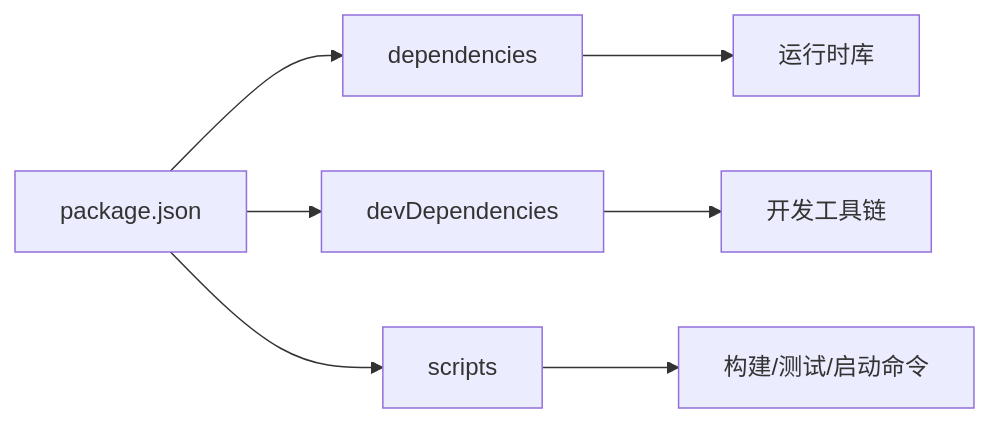
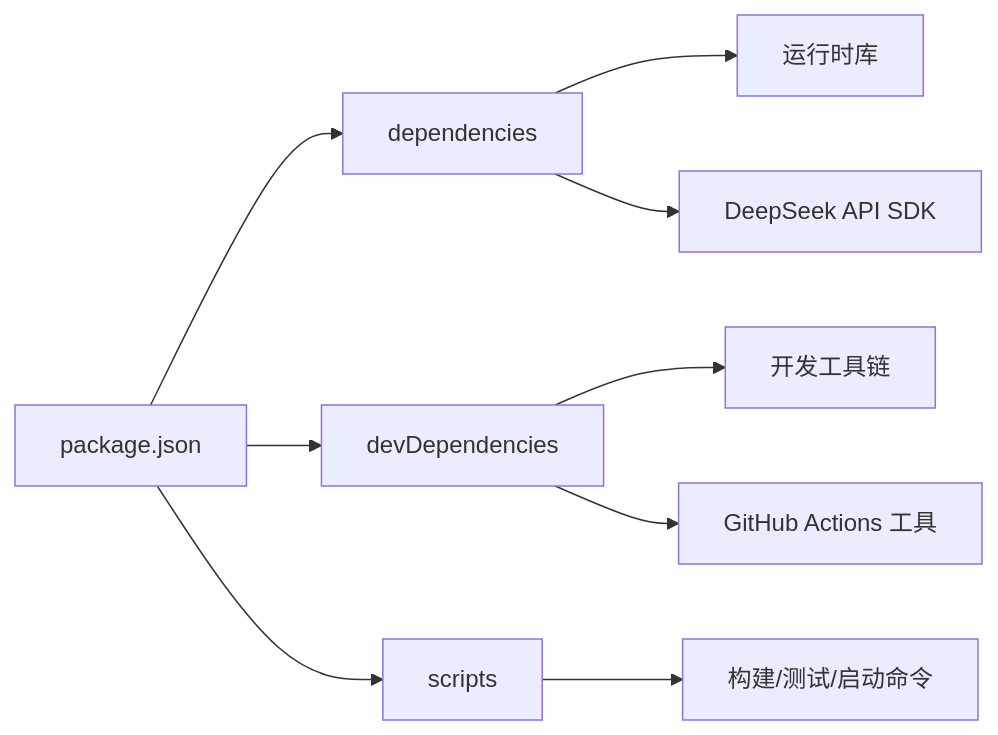
One commit to astordu/prompt_gogo changed the fourth of 4 diagrams in .qoder/repowiki/zh/content/开发环境搭建.md. Above: the diagram before and after it, drawn with Mermaid. The commit also changed other lines of this file and 47 other files, not shown here.

````diff
--- a/.qoder/repowiki/zh/content/开发环境搭建.md
+++ b/.qoder/repowiki/zh/content/开发环境搭建.md
@@ -255,9 +322,11 @@
 ```mermaid
 graph LR
 A["package.json"] --> B["dependencies"]
 A --> C["devDependencies"]
 A --> D["scripts"]
 B --> E["运行时库"]
 C --> F["开发工具链"]
 D --> G["构建/测试/启动命令"]
+B --> H["DeepSeek API SDK"]
+C --> I["GitHub Actions 工具"]
 ```
````
